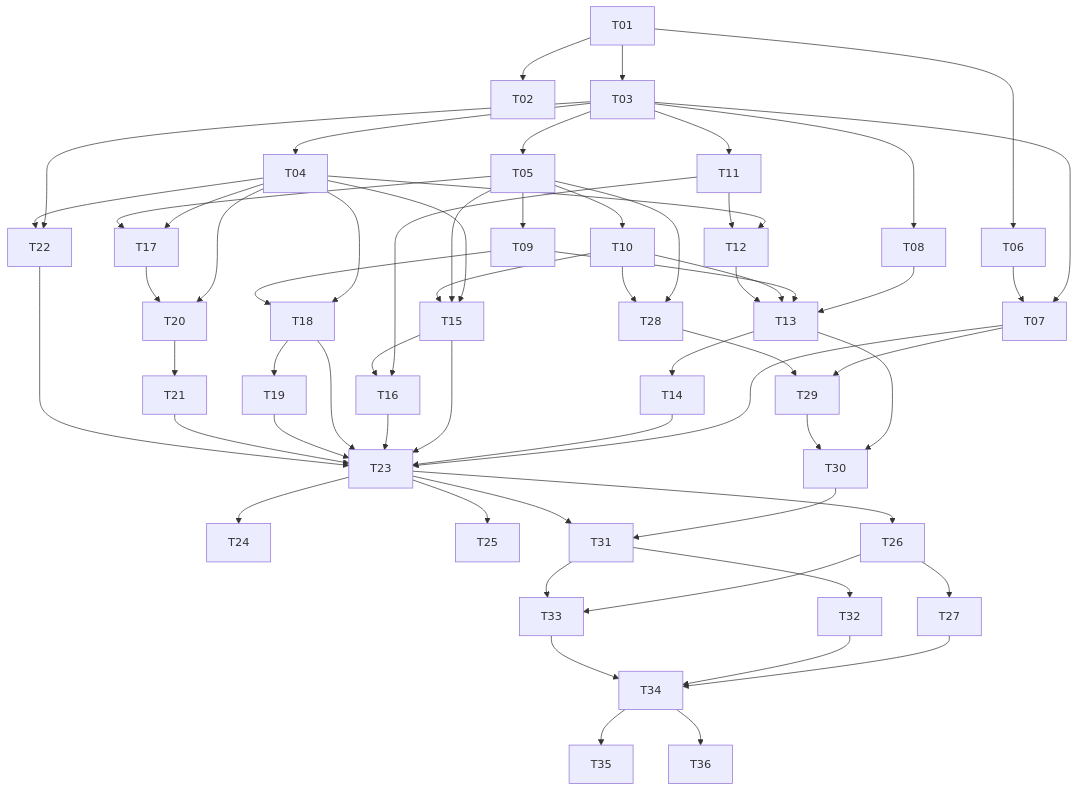
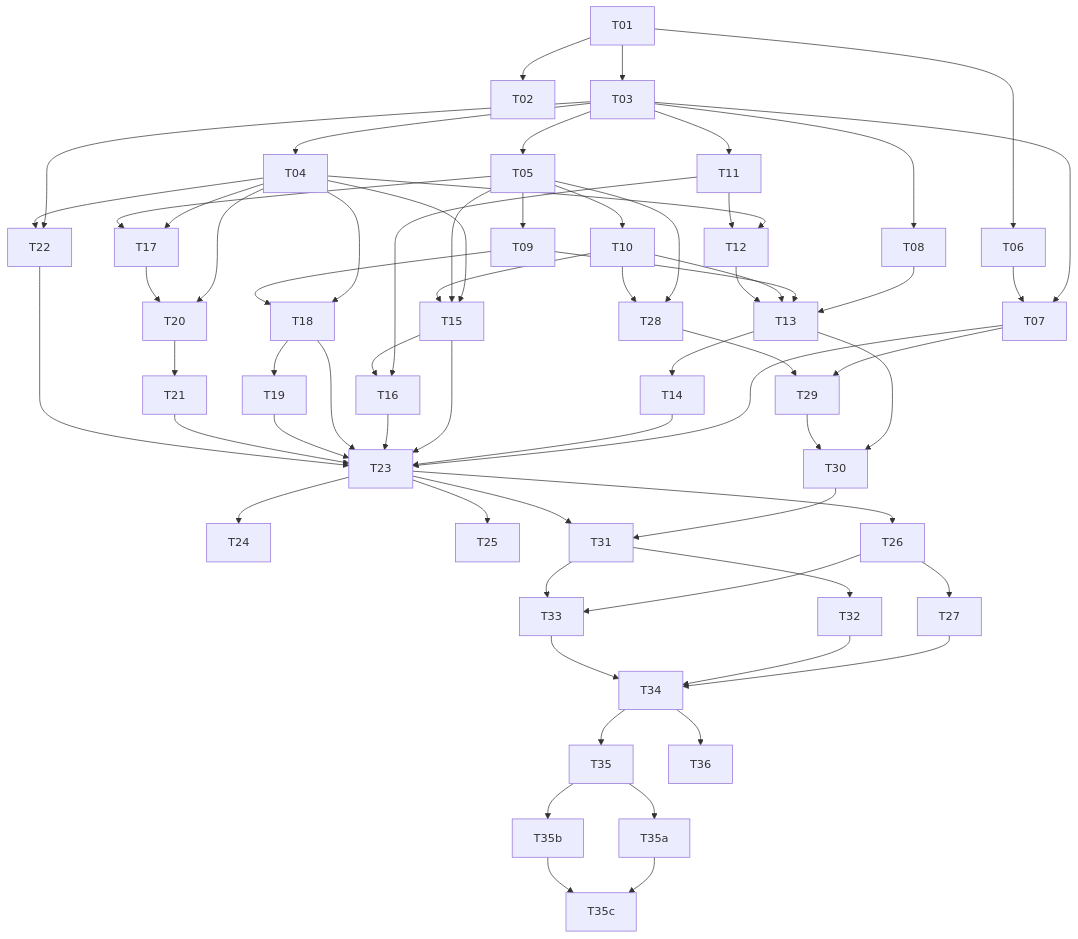
One commit to agentsky/agent-core changed the diagram in docs/tasks-plan.md. Above: the diagram before and after it, drawn with Mermaid. The commit also changed other lines of this file and 1 other file, not shown here.

````diff
--- a/docs/tasks-plan.md
+++ b/docs/tasks-plan.md
@@ -431,64 +437,68 @@
 ```mermaid
 graph TD
     T01 --> T02
     T01 --> T03
     T03 --> T04
     T03 --> T05
     T01 --> T06
     T03 --> T07
     T06 --> T07
     T03 --> T08
     T05 --> T09
     T05 --> T10
     T03 --> T11
     T04 --> T12
     T11 --> T12
     T08 --> T13
     T09 --> T13
     T10 --> T13
     T12 --> T13
     T13 --> T14
     T04 --> T15
     T05 --> T15
     T10 --> T15
     T11 --> T16
     T15 --> T16
     T04 --> T17
     T05 --> T17
     T04 --> T18
     T09 --> T18
     T18 --> T19
     T04 --> T20
     T17 --> T20
     T20 --> T21
     T03 --> T22
     T04 --> T22
     T07 --> T23
     T14 --> T23
     T15 --> T23
     T16 --> T23
     T18 --> T23
     T19 --> T23
     T21 --> T23
     T22 --> T23
     T23 --> T24
     T23 --> T25
     T23 --> T26
     T26 --> T27
     T05 --> T28
     T10 --> T28
     T07 --> T29
     T28 --> T29
     T13 --> T30
     T29 --> T30
     T30 --> T31
     T23 --> T31
     T31 --> T32
     T26 --> T33
     T31 --> T33
     T27 --> T34
     T32 --> T34
     T33 --> T34
     T34 --> T35
+    T35 --> T35a
+    T35 --> T35b
+    T35a --> T35c
+    T35b --> T35c
     T34 --> T36
 ```
````
